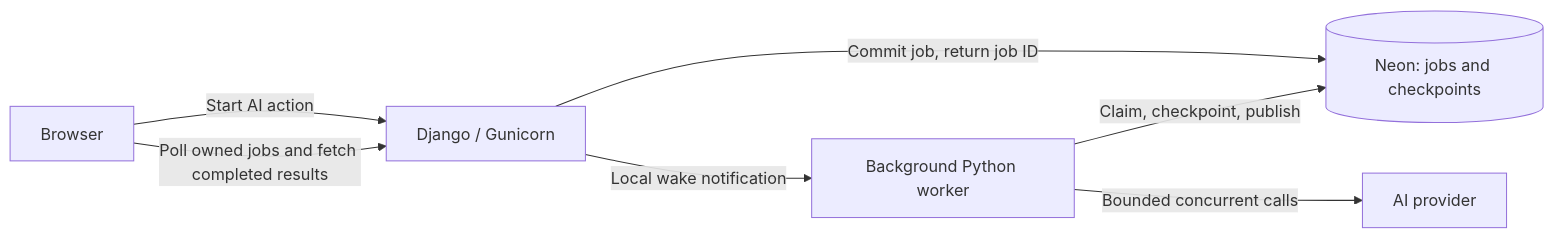
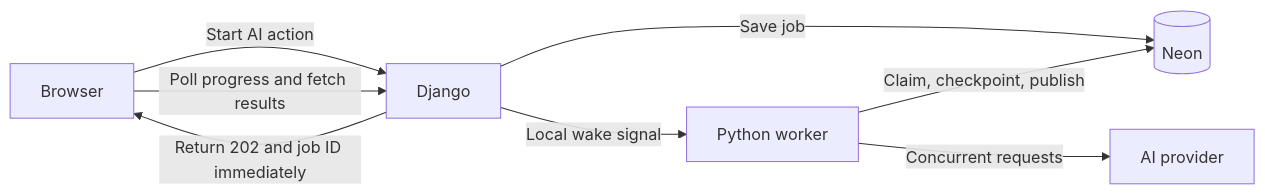
One commit to saumyajain1/graider changed the diagram in docs/BACKGROUND_AI_JOBS.md. Above: the diagram before and after it, drawn with Mermaid. The commit also changed other lines of this file and 14 other files, not shown here.

````diff
--- a/docs/BACKGROUND_AI_JOBS.md
+++ b/docs/BACKGROUND_AI_JOBS.md
@@ -30,9 +9,10 @@
 ```mermaid
 flowchart LR
-    Browser -->|Start AI action| Web[Django / Gunicorn]
-    Web -->|Commit job, return job ID| DB[(Neon: jobs and checkpoints)]
-    Web -->|Local wake notification| Worker[Background Python worker]
+    Browser -->|Start AI action| Web[Django]
+    Web -->|Save job| DB[(Neon)]
+    Web -->|Return 202 and job ID immediately| Browser
+    Web -->|Local wake signal| Worker[Python worker]
     Worker -->|Claim, checkpoint, publish| DB
-    Worker -->|Bounded concurrent calls| AI[AI provider]
-    Browser -->|Poll owned jobs and fetch completed results| Web
+    Worker -->|Concurrent requests| AI[AI provider]
+    Browser -->|Poll progress and fetch results| Web
 ```
````
